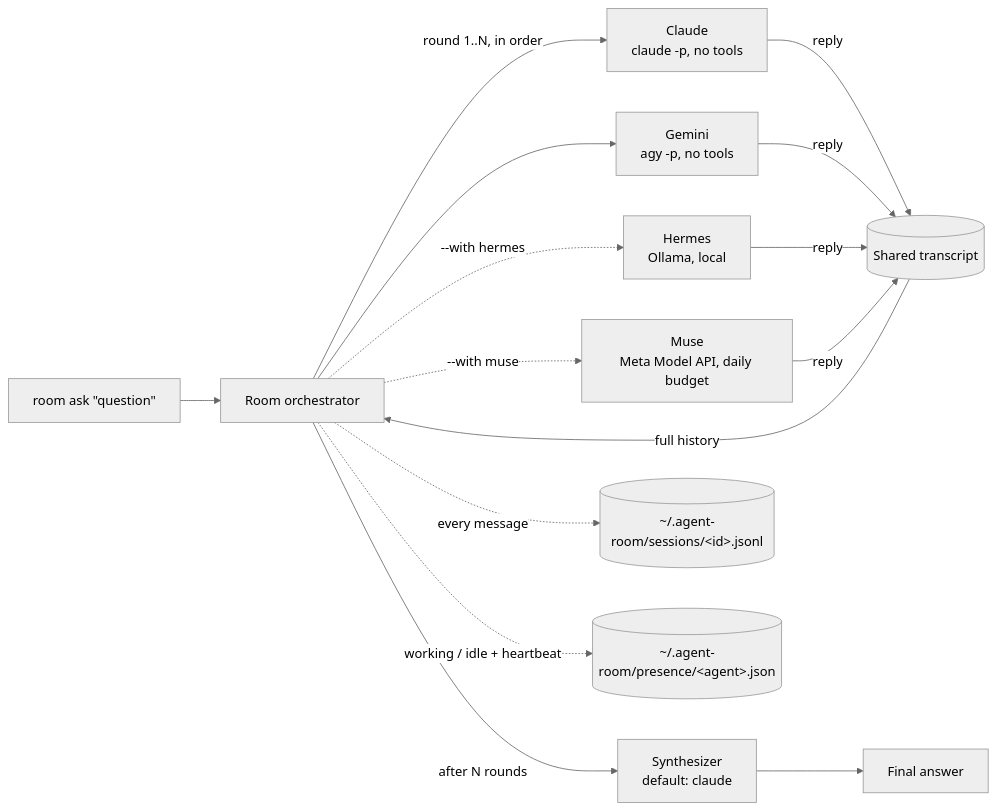
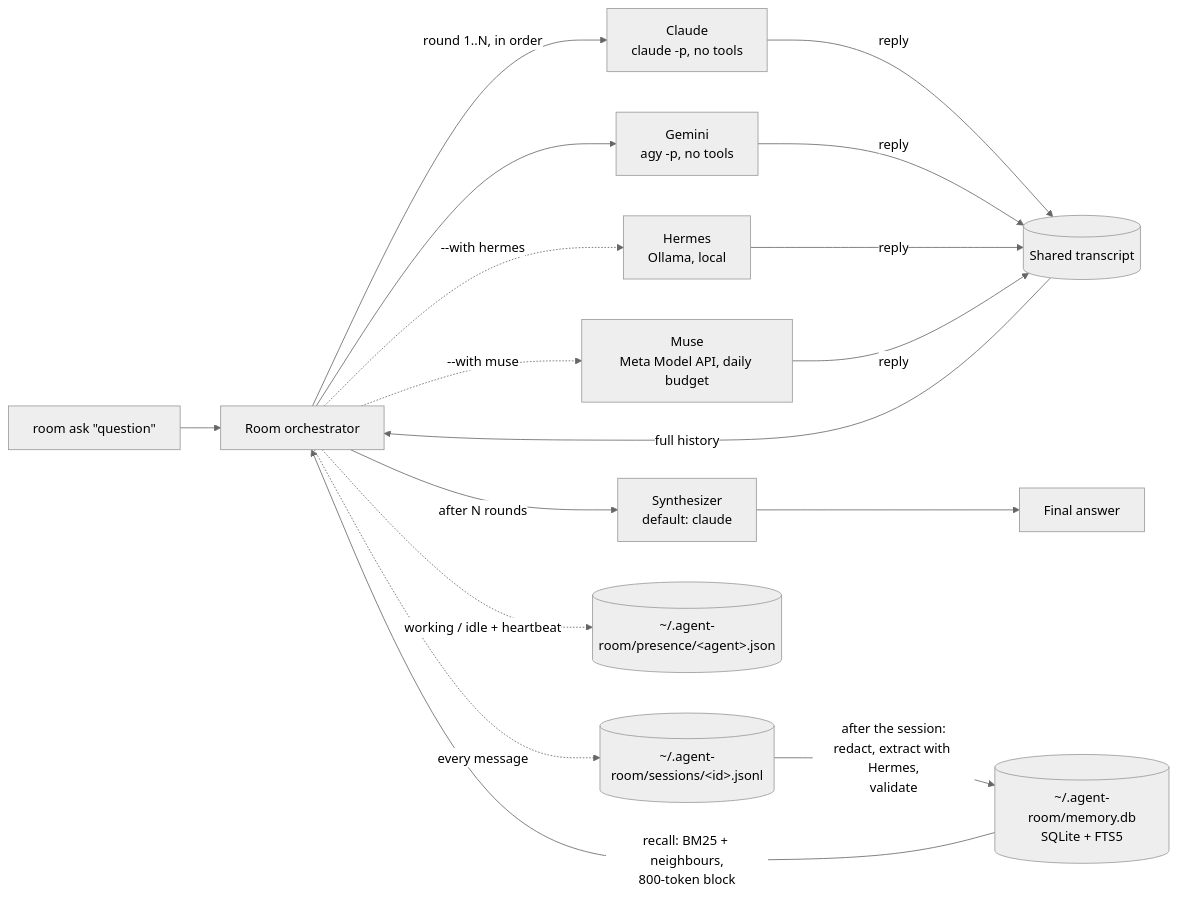
Before and after one commit to Bjay4910/multi-agent-memory-hub: the diagram in README.md, drawn with Mermaid (neutral theme). The commit also changed other lines of this file and 5 other files, not shown here.

First line of the commit message:
Document graph memory, eval results and limits

````diff
--- a/README.md
+++ b/README.md
@@ -14,14 +15,16 @@
 ```mermaid
 flowchart LR
     U["room ask &quot;question&quot;"] --> O[Room orchestrator]
     O -->|round 1..N, in order| C[Claude<br/>claude -p, no tools]
     O --> G[Gemini<br/>agy -p, no tools]
     O -.->|--with hermes| H[Hermes<br/>Ollama, local]
     O -.->|--with muse| M[Muse<br/>Meta Model API, daily budget]
     C & G & H & M -->|reply| T[(Shared transcript)]
     T -->|full history| O
     O -->|after N rounds| S[Synthesizer<br/>default: claude]
     S --> F[Final answer]
     O -. every message .-> L[(~/.agent-room/sessions/&lt;id&gt;.jsonl)]
     O -. working / idle + heartbeat .-> P[(~/.agent-room/presence/&lt;agent&gt;.json)]
+    DB[(~/.agent-room/memory.db<br/>SQLite + FTS5)] -->|recall: BM25 + neighbours,<br/>800-token block| O
+    L -->|after the session:<br/>redact, extract with Hermes,<br/>validate| DB
 ```
````
